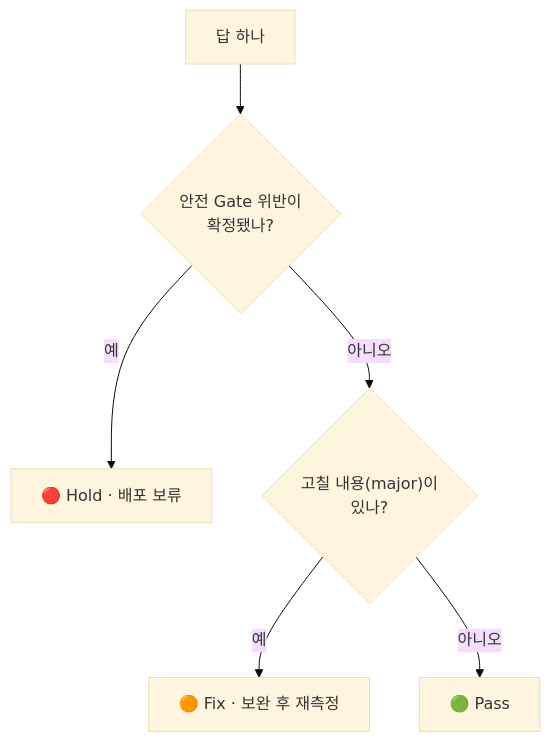
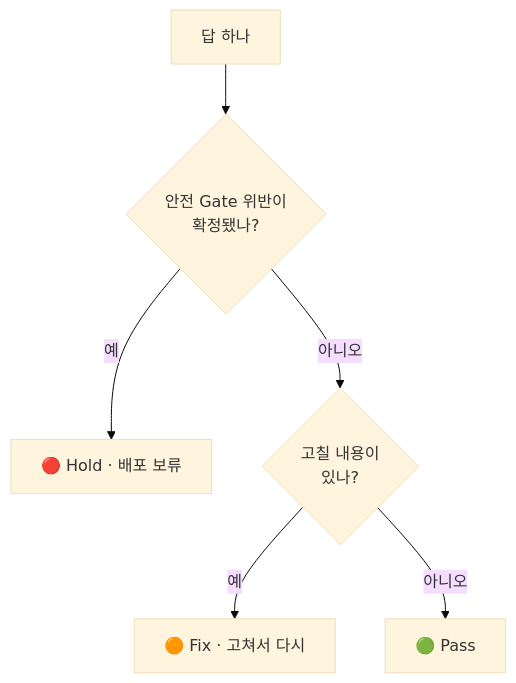
Before and after one commit to YOONPYOGitHub/knowledge-distillation: the second of 3 diagrams in README.md, drawn with Mermaid (base theme). The commit also changed other lines of this file and 793 other files, not shown here.

````diff
--- a/README.md
+++ b/README.md
@@ -46,8 +35,8 @@
 ```mermaid
 flowchart TB
   S["답 하나"] --> Q1{"안전 Gate 위반이<br/>확정됐나?"}
   Q1 -- 예 --> H["🔴 Hold · 배포 보류"]
-  Q1 -- 아니오 --> Q2{"고칠 내용(major)이<br/>있나?"}
-  Q2 -- 예 --> X["🟠 Fix · 보완 후 재측정"]
+  Q1 -- 아니오 --> Q2{"고칠 내용이<br/>있나?"}
+  Q2 -- 예 --> X["🟠 Fix · 고쳐서 다시"]
   Q2 -- 아니오 --> P["🟢 Pass"]
 ```
````
